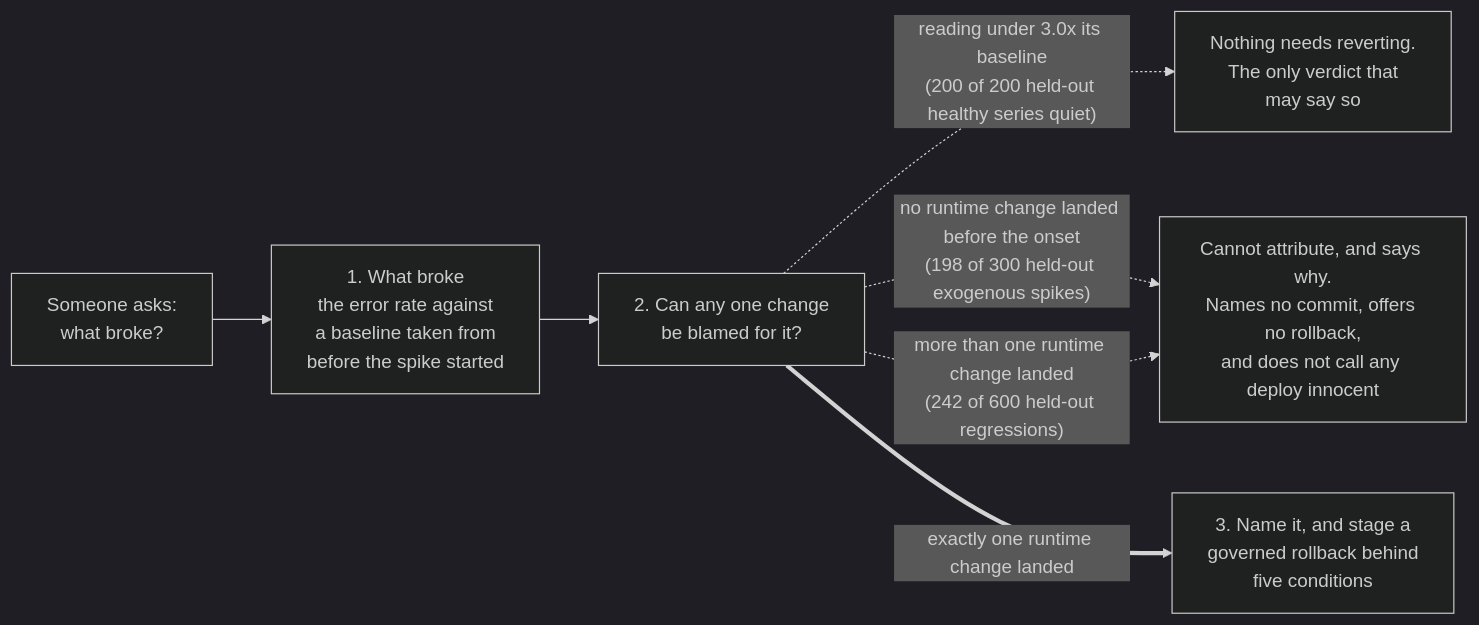
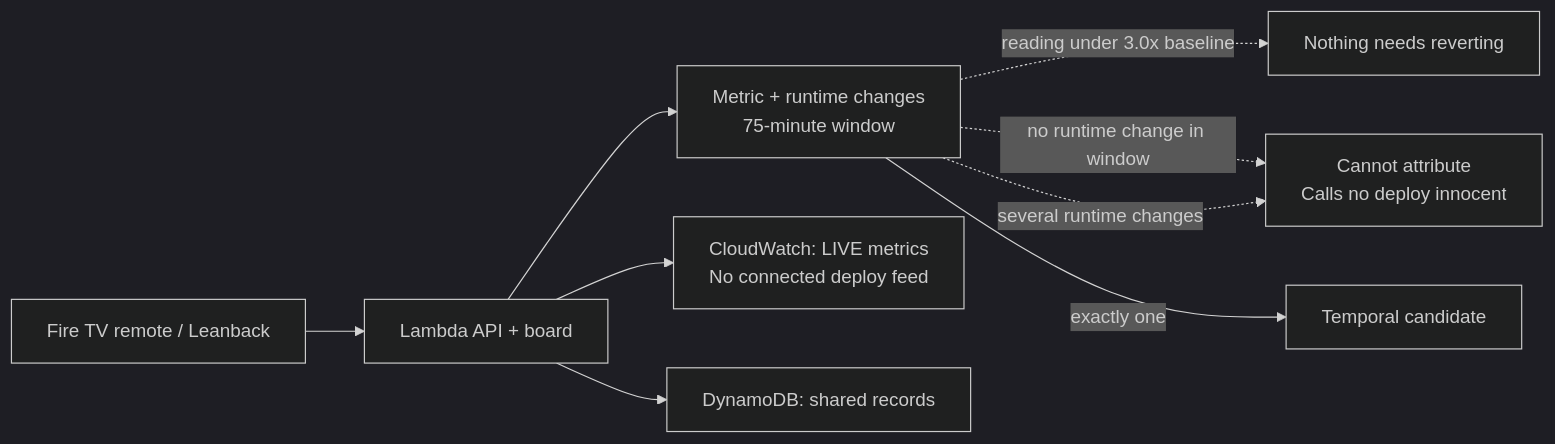
Before and after one commit to upgradedev/mercury_amazon: the first of 2 diagrams in README.md, drawn with Mermaid (dark theme). The commit also changed other lines of this file and 5 other files, not shown here.

````diff
--- a/README.md
+++ b/README.md
@@ -93,10 +63,11 @@
 ```mermaid
 flowchart LR
-    Q["Someone asks:<br/>what broke?"]
-    Q --> M["1. What broke<br/>the error rate against<br/>a baseline taken from<br/>before the spike started"]
-    M --> C["2. Can any one change<br/>be blamed for it?"]
-    C -.->|"reading under 3.0x its baseline<br/>(200 of 200 held-out healthy series quiet)"| S["Nothing needs reverting.<br/>The only verdict that<br/>may say so"]
-    C -.->|"no runtime change landed before the onset<br/>(198 of 300 held-out exogenous spikes)"| N["Cannot attribute, and says why.<br/>Names no commit, offers no rollback,<br/>and does not call any deploy innocent"]
-    C -.->|"more than one runtime change landed<br/>(242 of 600 held-out regressions)"| N
-    C ==>|"exactly one runtime change landed"| R["3. Name it, and stage a<br/>governed rollback behind<br/>five conditions"]
+    TV["Fire TV remote / Leanback"] --> API["Lambda API + board"]
+    API --> C["Metric + runtime changes<br/>75-minute window"]
+    C -.->|"reading under 3.0x baseline"| S["Nothing needs reverting"]
+    C -.->|"no runtime change in window"| N["Cannot attribute<br/>Calls no deploy innocent"]
+    C -.->|"several runtime changes"| N
+    C -->|"exactly one"| T["Temporal candidate"]
+    API --> CW["CloudWatch: LIVE metrics<br/>No connected deploy feed"]
+    API --> DB["DynamoDB: shared records"]
 ```
````
